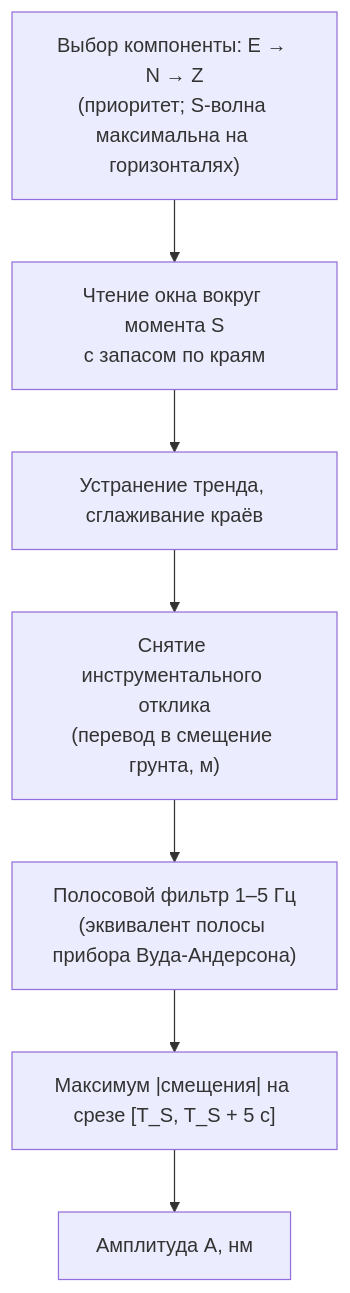
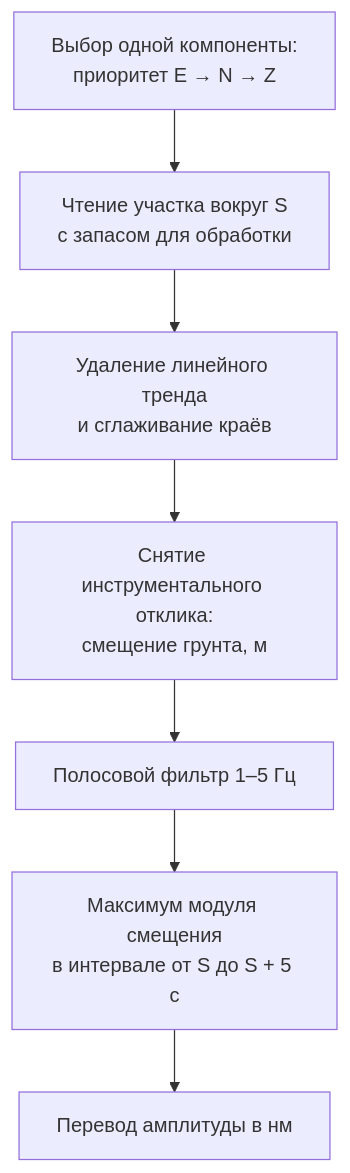
The ninth of 13 diagrams in docs/doc-physical.md (ruhose73/FastEQT), drawn with Mermaid before and after one commit. The commit also changed other lines of this file, not shown here.

````diff
--- a/docs/doc-physical.md
+++ b/docs/doc-physical.md
@@ -443,9 +591,9 @@
 ```mermaid
 flowchart TD
-    A1["Выбор компоненты: E → N → Z<br/>(приоритет; S-волна максимальна на горизонталях)"] --> A2["Чтение окна вокруг момента S<br/>с запасом по краям"]
-    A2 --> A3["Устранение тренда, сглаживание краёв"]
-    A3 --> A4["Снятие инструментального отклика<br/>(перевод в смещение грунта, м)"]
-    A4 --> A5["Полосовой фильтр 1–5 Гц<br/>(эквивалент полосы прибора Вуда-Андерсона)"]
-    A5 --> A6["Максимум |смещения| на срезе [T_S, T_S + 5 с]"]
-    A6 --> A7["Амплитуда A, нм"]
+    A1["Выбор одной компоненты:<br/>приоритет E → N → Z"] --> A2["Чтение участка вокруг S<br/>с запасом для обработки"]
+    A2 --> A3["Удаление линейного тренда<br/>и сглаживание краёв"]
+    A3 --> A4["Снятие инструментального отклика:<br/>смещение грунта, м"]
+    A4 --> A5["Полосовой фильтр 1–5 Гц"]
+    A5 --> A6["Максимум модуля смещения<br/>в интервале от S до S + 5 с"]
+    A6 --> A7["Перевод амплитуды в нм"]
 ```
````
